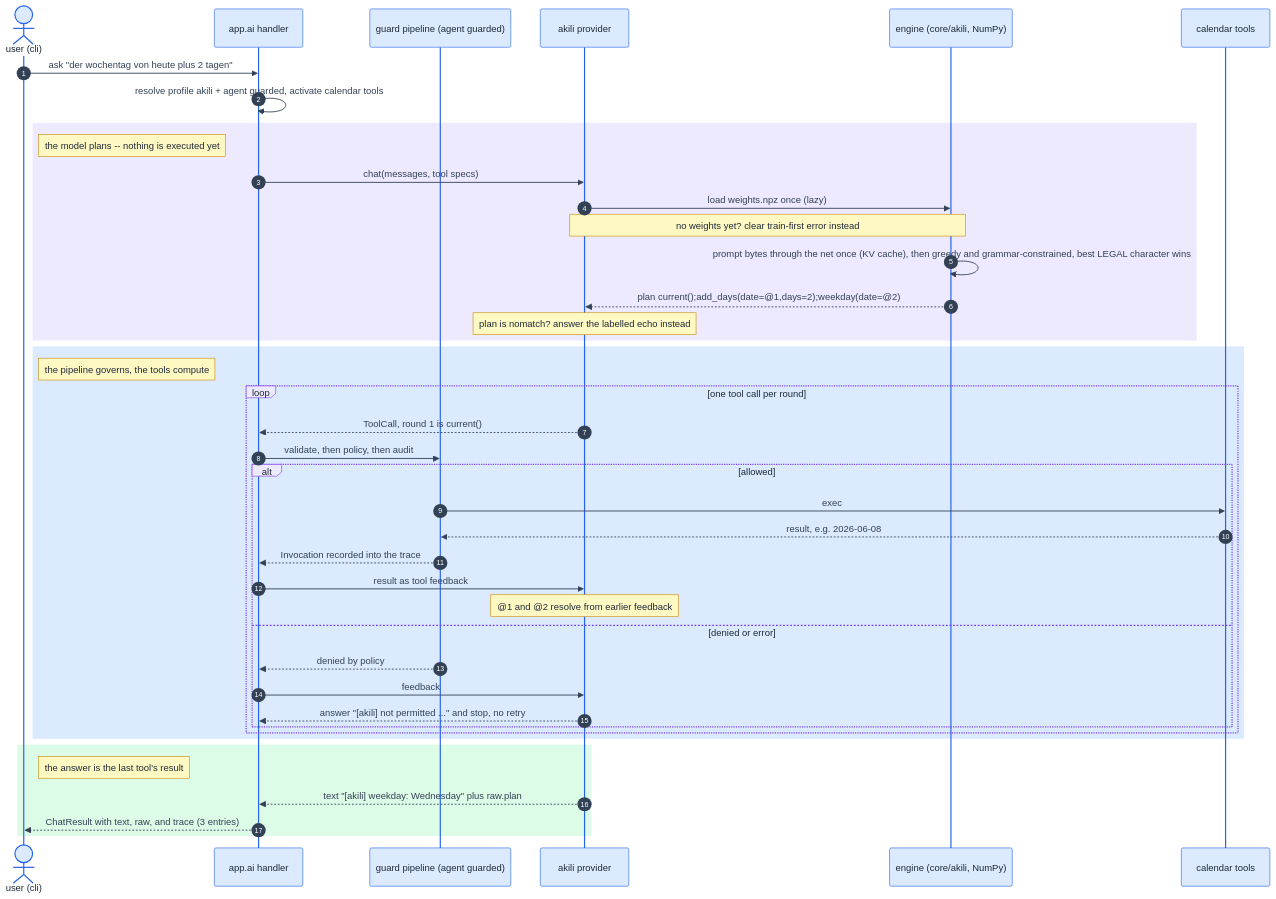
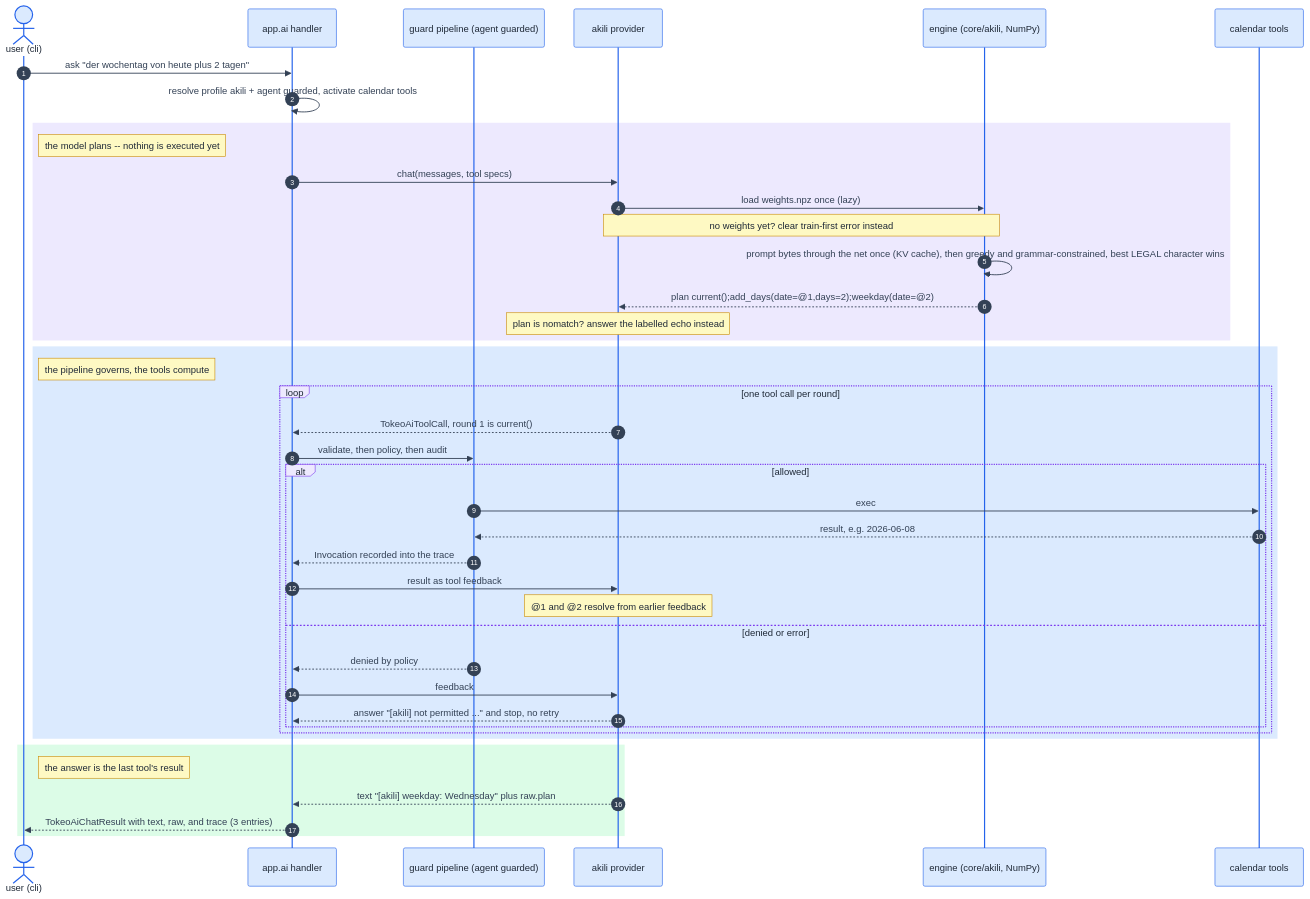
One commit to tokeo/ramani changed the first of 4 diagrams in tokeo/ramani/generate/project/{{app_label}}/core/akili/AKILI-LLM.md. Above: the diagram before and after it, drawn with Mermaid. The commit also changed 4 other files, not shown here.

Commit message:
mod: template follows tokeo and fundi, TokeoAiChatResult, TokeoAiChatMessage, TokeoAiToolCall and TokeoAiUsage

````diff
--- a/tokeo/ramani/generate/project/{{app_label}}/core/akili/AKILI-LLM.md
+++ b/tokeo/ramani/generate/project/{{app_label}}/core/akili/AKILI-LLM.md
@@ -152,49 +152,49 @@
 ```mermaid
 %%{init: {"theme": "base", "themeVariables": {"actorBkg": "#dbeafe", "actorBorder": "#2563eb", "actorTextColor": "#1f2937", "signalColor": "#334155", "signalTextColor": "#334155", "noteBkgColor": "#fef9c3", "noteBorderColor": "#ca8a04", "noteTextColor": "#1f2937", "labelBoxBkgColor": "#ede9fe", "labelBoxBorderColor": "#7c3aed", "loopTextColor": "#1f2937", "sequenceNumberColor": "#ffffff"}}}%%
 sequenceDiagram
     autonumber
     actor U as user (cli)
     participant H as app.ai handler
     participant G as guard pipeline (agent guarded)
     participant P as akili provider
     participant E as engine (core/akili, NumPy)
     participant T as calendar tools
 
     U->>H: ask "der wochentag von heute plus 2 tagen"
     H->>H: resolve profile akili + agent guarded, activate calendar tools
 
     rect rgb(237, 233, 254)
         Note right of U: the model plans -- nothing is executed yet
         H->>P: chat(messages, tool specs)
         P->>E: load weights.npz once (lazy)
         Note over P,E: no weights yet? clear train-first error instead
         E->>E: prompt bytes through the net once (KV cache), then greedy and grammar-constrained, best LEGAL character wins
         E-->>P: plan current()#59;add_days(date=@1,days=2)#59;weekday(date=@2)
         Note over P: plan is nomatch? answer the labelled echo instead
     end
 
     rect rgb(219, 234, 254)
         Note right of U: the pipeline governs, the tools compute
         loop one tool call per round
-            P-->>H: ToolCall, round 1 is current()
+            P-->>H: TokeoAiToolCall, round 1 is current()
             H->>G: validate, then policy, then audit
             alt allowed
                 G->>T: exec
                 T-->>G: result, e.g. 2026-06-08
                 G-->>H: Invocation recorded into the trace
                 H->>P: result as tool feedback
                 Note over P: @1 and @2 resolve from earlier feedback
             else denied or error
                 G-->>H: denied by policy
                 H->>P: feedback
                 P-->>H: answer "[akili] not permitted ..." and stop, no retry
             end
         end
     end
 
     rect rgb(220, 252, 231)
         Note right of U: the answer is the last tool's result
         P-->>H: text "[akili] weekday: Wednesday" plus raw.plan
-        H-->>U: ChatResult with text, raw, and trace (3 entries)
+        H-->>U: TokeoAiChatResult with text, raw, and trace (3 entries)
     end
 ```
````
